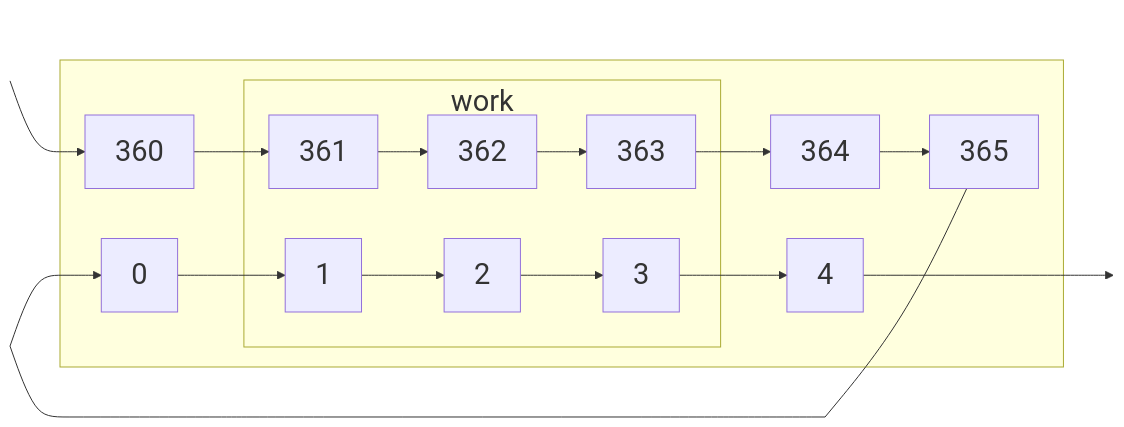
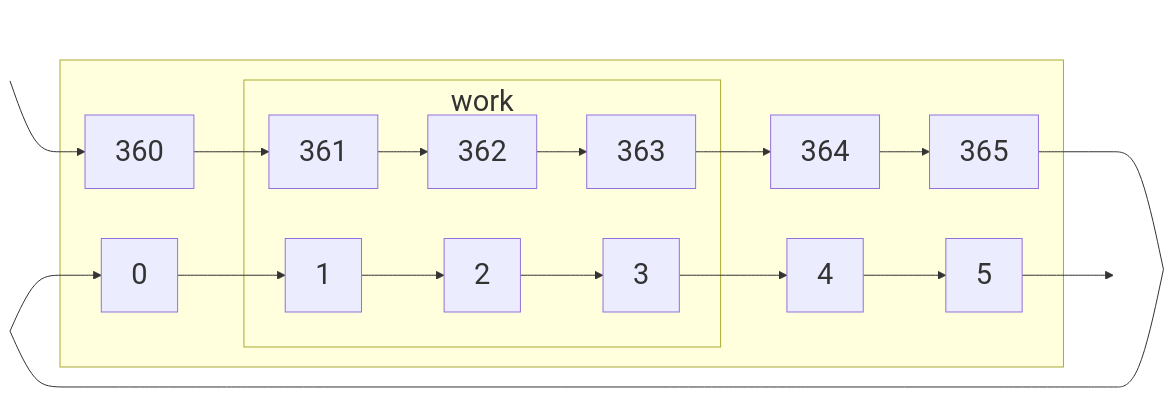
The third of 6 diagrams in dec/date/index.qmd (maptv/maptv.github.io), drawn with Mermaid before and after one commit. The commit also changed other lines of this file and 1 other file, not shown here.

Commit message:
Changed files: dec/date/index.qmd git/index_files/figure-commonmark/mermaid-figure-2.png

````diff
--- a/dec/date/index.qmd
+++ b/dec/date/index.qmd
@@ -247,27 +241,28 @@
 ```{mermaid}
 %%| label: zerobasedleap
 %%{init: {'theme': 'default', 'themeVariables': { 'fontSize': '29px'}}}%%
 flowchart LR
   W~~~~O[ ]:::empty
-  W[ ]:::empty-->A[360]-->B[361]-->C[362]-->D[363]-->E[364]-->L[365]~~~S[ ]:::empty
-  Y[ ]:::empty-->F[0]-->G[1]-->H[2]-->I[3]-->J[4]--->K[ ]:::empty
-  Q[ ]:::empty---L
+  W[ ]:::empty-->A[360]-->B[361]-->C[362]-->D[363]-->E[364]-->L[365]----S[ ]:::empty
+  Y[ ]:::empty-->F[0]-->G[1]-->H[2]-->I[3]-->J[4]-->K[5]-->T[ ]:::empty
+  Q[ ]:::empty---S
   Y---Q
   subgraph workdays[work]
   B
   C
   G
   H
   D
   I
   end
   subgraph restdays[ ]
   A
   F
   E
   J
+  K
   L
   workdays
   end
   classDef empty width:0px;
 ```
````
